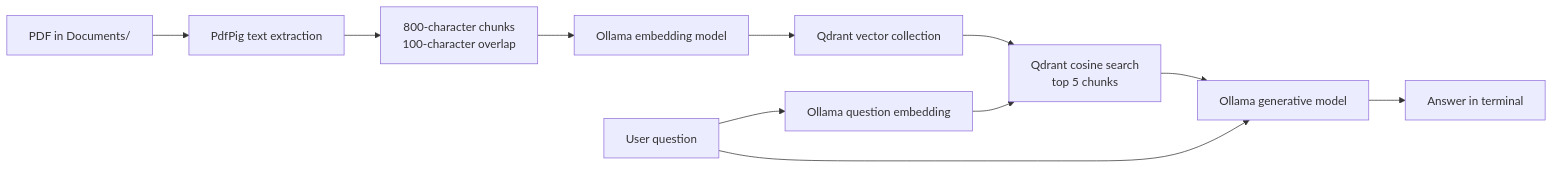
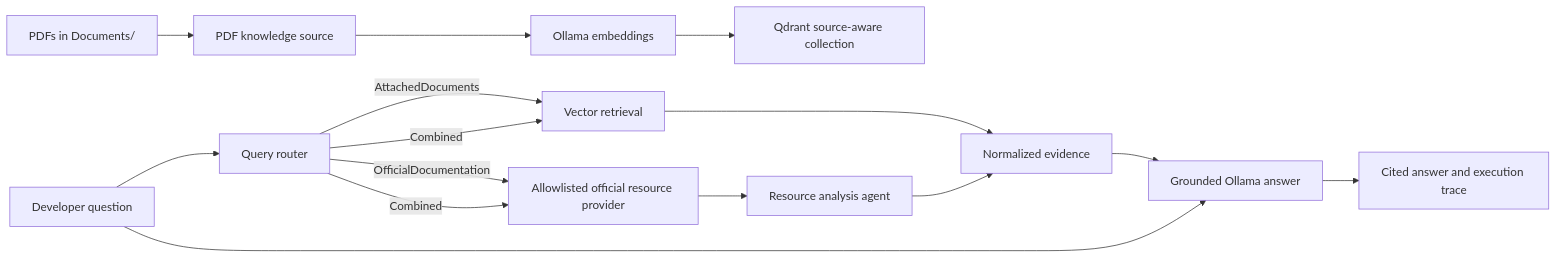
The diagram in README.md (AaqibAhamed/RAG-AgenticAI-Local-Mac), drawn with Mermaid before and after one commit. The commit also changed other lines of this file and 16 other files, not shown here.

First line of the commit message:
Implement knowledge hub features with query routing, resource analysis, and PDF handling

````diff
--- a/README.md
+++ b/README.md
@@ -7,13 +7,18 @@
 ```mermaid
 flowchart LR
-    PDF[PDF in Documents/] --> Extract[PdfPig text extraction]
-    Extract --> Chunk[800-character chunks\n100-character overlap]
-    Chunk --> Embed[Ollama embedding model]
-    Embed --> Store[Qdrant vector collection]
-    Question[User question] --> QEmbed[Ollama question embedding]
-    QEmbed --> Search[Qdrant cosine search\ntop 5 chunks]
-    Store --> Search
-    Search --> Generate[Ollama generative model]
-    Question --> Generate
-    Generate --> Answer[Answer in terminal]
+    PDF[PDFs in Documents/] --> Ingest[PDF knowledge source]
+    Ingest --> Embed[Ollama embeddings]
+    Embed --> Qdrant[Qdrant source-aware collection]
+
+    Question[Developer question] --> Router[Query router]
+    Router -->|AttachedDocuments| Retrieve[Vector retrieval]
+    Router -->|OfficialDocumentation| Research[Allowlisted official resource provider]
+    Router -->|Combined| Retrieve
+    Router -->|Combined| Research
+    Research --> Analyze[Resource analysis agent]
+    Retrieve --> Evidence[Normalized evidence]
+    Analyze --> Evidence
+    Evidence --> Synthesize[Grounded Ollama answer]
+    Question --> Synthesize
+    Synthesize --> Answer[Cited answer and execution trace]
 ```
````
